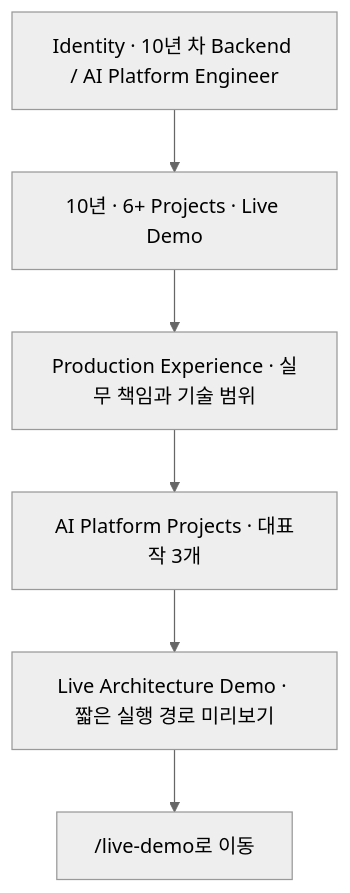
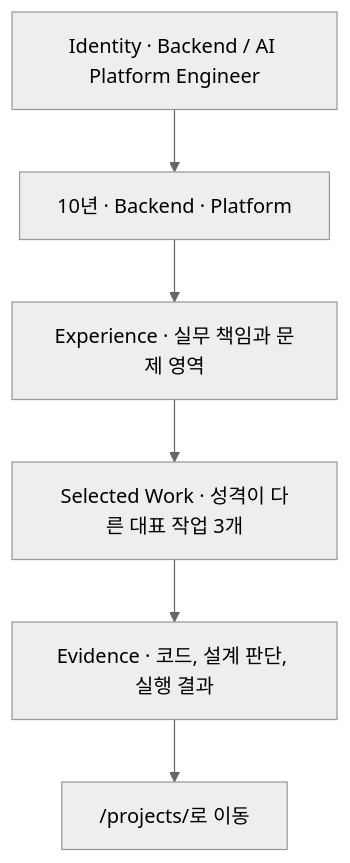
Before and after one commit to devcy0922/devcy0922.github.io: the first of 5 diagrams in architecture.md, drawn with Mermaid (neutral theme). The commit also changed other lines of this file and 12 other files, not shown here.

````diff
--- a/architecture.md
+++ b/architecture.md
@@ -27,8 +28,8 @@
 ```mermaid
 flowchart TB
-    Hero["Identity · 10년 차 Backend / AI Platform Engineer"] --> Stats["10년 · 6+ Projects · Live Demo"]
-    Stats --> Experience["Production Experience · 실무 책임과 기술 범위"]
-    Experience --> Projects["AI Platform Projects · 대표작 3개"]
-    Projects --> Preview["Live Architecture Demo · 짧은 실행 경로 미리보기"]
-    Preview --> DemoLink["/live-demo로 이동"]
+    Hero["Identity · Backend / AI Platform Engineer"] --> Scope["10년 · Backend · Platform"]
+    Scope --> Experience["Experience · 실무 책임과 문제 영역"]
+    Experience --> Projects["Selected Work · 성격이 다른 대표 작업 3개"]
+    Projects --> Evidence["Evidence · 코드, 설계 판단, 실행 결과"]
+    Evidence --> ProjectIndex["/projects/로 이동"]
 ```
````
